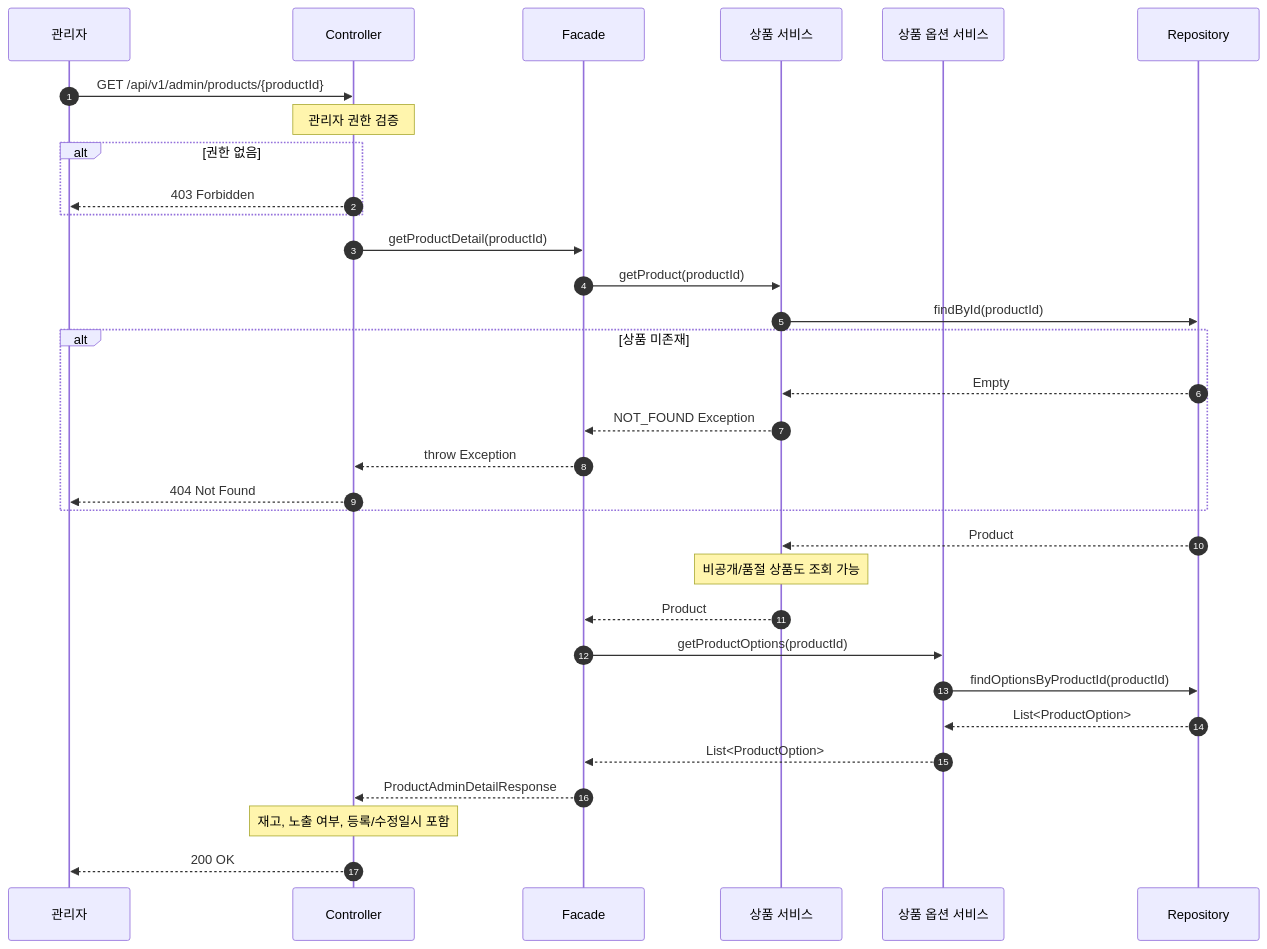
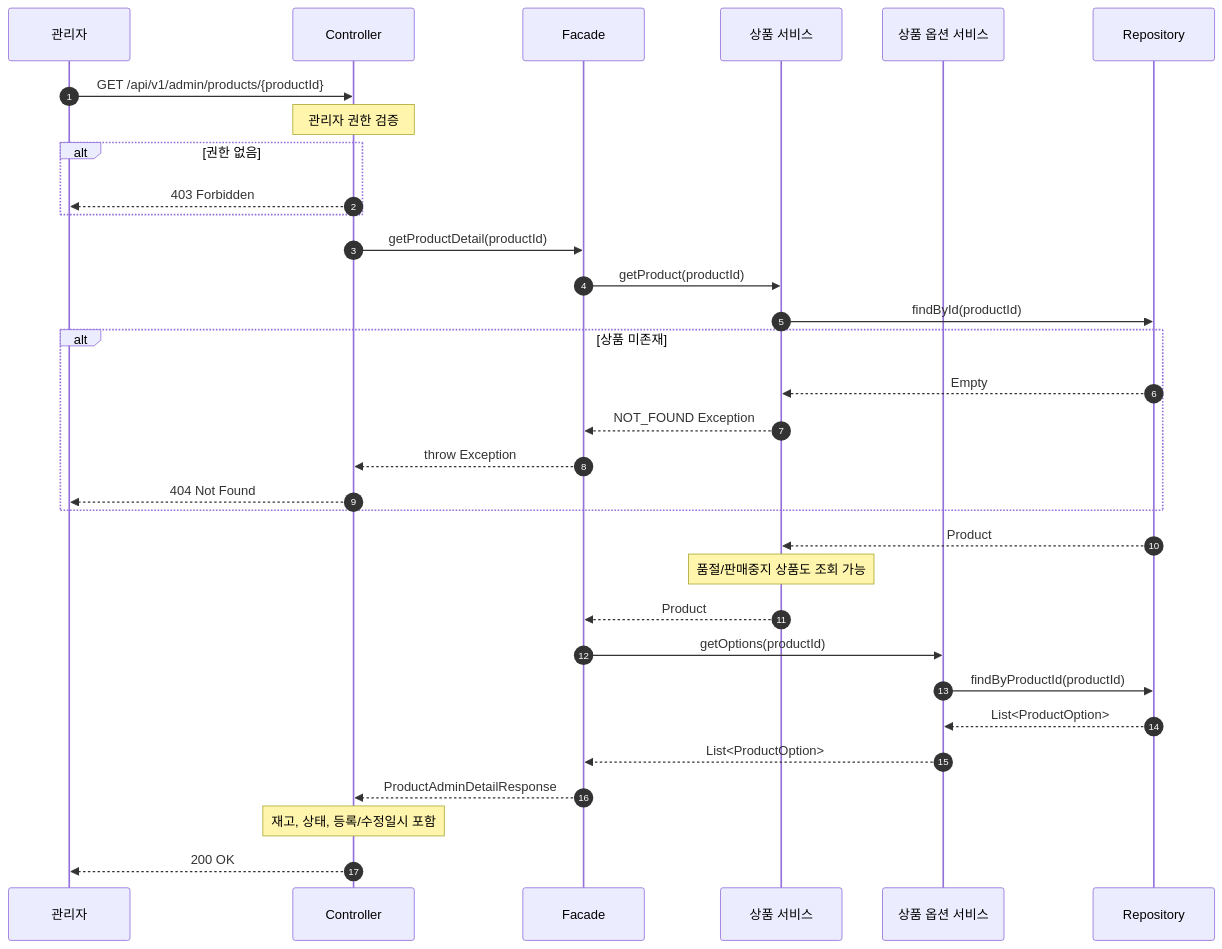
The ninth of 16 diagrams in docs/design/02-sequence-diagram.md (letter333/loop-pack-be-l2-vol3-java), drawn with Mermaid before and after one commit. The commit also changed other lines of this file and 3 other files, not shown here.

````diff
--- a/docs/design/02-sequence-diagram.md
+++ b/docs/design/02-sequence-diagram.md
@@ -321,39 +312,39 @@
 ```mermaid
 sequenceDiagram
     autonumber
     participant Admin as 관리자
     participant Controller
     participant Facade
     participant ProductService as 상품 서비스
     participant ProductOptionService as 상품 옵션 서비스
     participant Repository
 
     Admin->>Controller: GET /api/v1/admin/products/{productId}
     Note over Controller: 관리자 권한 검증
 
     alt 권한 없음
         Controller-->>Admin: 403 Forbidden
     end
 
     Controller->>Facade: getProductDetail(productId)
     Facade->>ProductService: getProduct(productId)
     ProductService->>Repository: findById(productId)
 
     alt 상품 미존재
         Repository-->>ProductService: Empty
         ProductService-->>Facade: NOT_FOUND Exception
         Facade-->>Controller: throw Exception
         Controller-->>Admin: 404 Not Found
     end
 
     Repository-->>ProductService: Product
-    Note over ProductService: 비공개/품절 상품도 조회 가능
+    Note over ProductService: 품절/판매중지 상품도 조회 가능
     ProductService-->>Facade: Product
-    Facade->>ProductOptionService: getProductOptions(productId)
-    ProductOptionService->>Repository: findOptionsByProductId(productId)
+    Facade->>ProductOptionService: getOptions(productId)
+    ProductOptionService->>Repository: findByProductId(productId)
     Repository-->>ProductOptionService: List<ProductOption>
     ProductOptionService-->>Facade: List<ProductOption>
     Facade-->>Controller: ProductAdminDetailResponse
-    Note over Controller: 재고, 노출 여부, 등록/수정일시 포함
+    Note over Controller: 재고, 상태, 등록/수정일시 포함
     Controller-->>Admin: 200 OK
 ```
````
